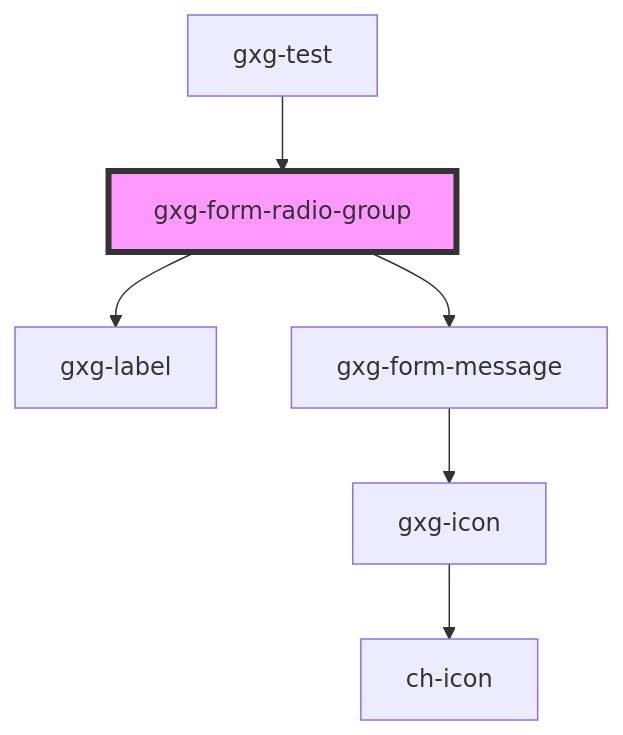
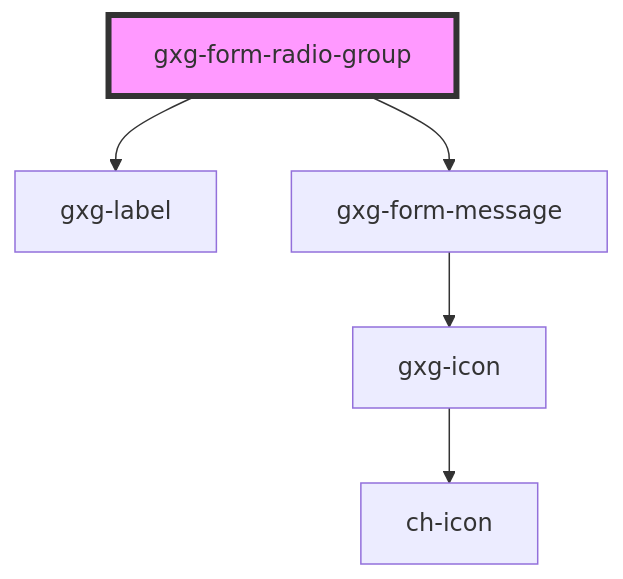
The diagram in src/components/form-radio-group/readme.md (genexuslabs/gemini), drawn with Mermaid before and after one commit. The commit also changed other lines of this file and 8 other files, not shown here.

````diff
--- a/src/components/form-radio-group/readme.md
+++ b/src/components/form-radio-group/readme.md
@@ -49,9 +45,8 @@
 ```mermaid
 graph TD;
   gxg-form-radio-group --> gxg-label
   gxg-form-radio-group --> gxg-form-message
   gxg-form-message --> gxg-icon
   gxg-icon --> ch-icon
-  gxg-test --> gxg-form-radio-group
   style gxg-form-radio-group fill:#f9f,stroke:#333,stroke-width:4px
 ```
````
